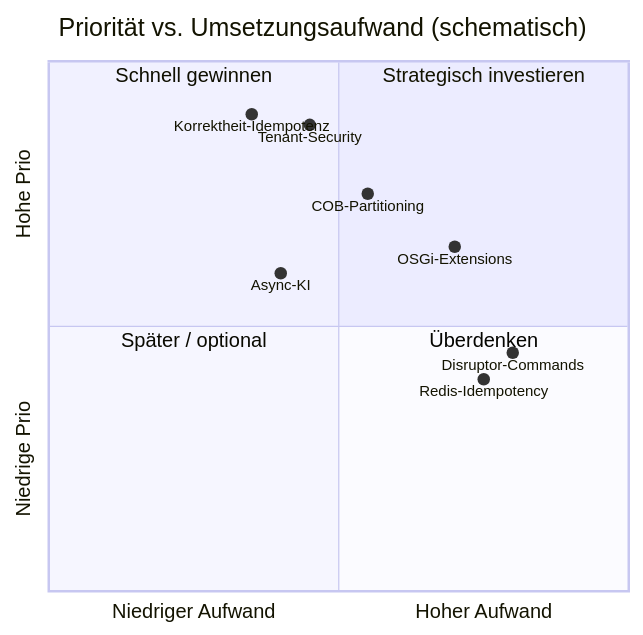
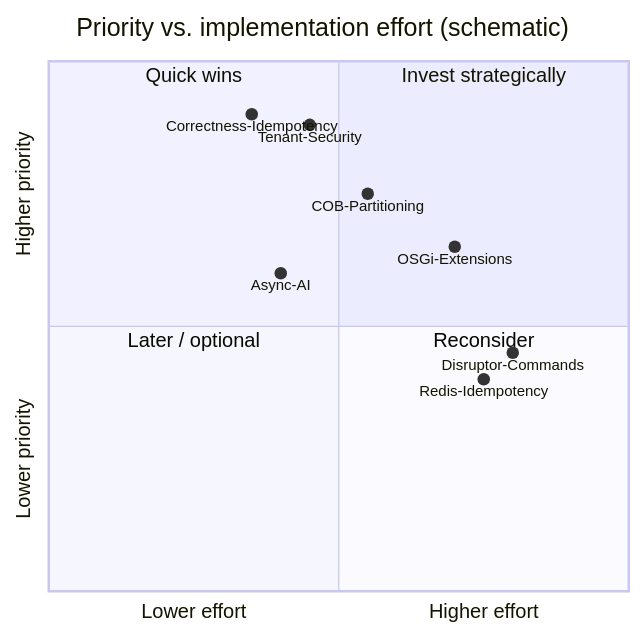
One commit to RainerMaxWallscheid/fineract-osgi changed the third of 3 diagrams in docs/arc42/07_quality_attributes.md. Above: the diagram before and after it, drawn with Mermaid. The commit also changed other lines of this file and 38 other files, not shown here.

````diff
--- a/docs/arc42/07_quality_attributes.md
+++ b/docs/arc42/07_quality_attributes.md
@@ -576,17 +576,17 @@
 ```mermaid
 quadrantChart
-    title Priorität vs. Umsetzungsaufwand (schematisch)
-    x-axis Niedriger Aufwand --> Hoher Aufwand
-    y-axis Niedrige Prio --> Hohe Prio
-    quadrant-1 Strategisch investieren
-    quadrant-2 Schnell gewinnen
-    quadrant-3 Später / optional
-    quadrant-4 Überdenken
-    Korrektheit-Idempotenz: [0.35, 0.9]
+    title Priority vs. implementation effort (schematic)
+    x-axis Lower effort --> Higher effort
+    y-axis Lower priority --> Higher priority
+    quadrant-1 Invest strategically
+    quadrant-2 Quick wins
+    quadrant-3 Later / optional
+    quadrant-4 Reconsider
+    Correctness-Idempotency: [0.35, 0.9]
     Tenant-Security: [0.45, 0.88]
     COB-Partitioning: [0.55, 0.75]
     OSGi-Extensions: [0.7, 0.65]
-    Async-KI: [0.4, 0.6]
+    Async-AI: [0.4, 0.6]
     Disruptor-Commands: [0.8, 0.45]
     Redis-Idempotency: [0.75, 0.4]
 ```
````
